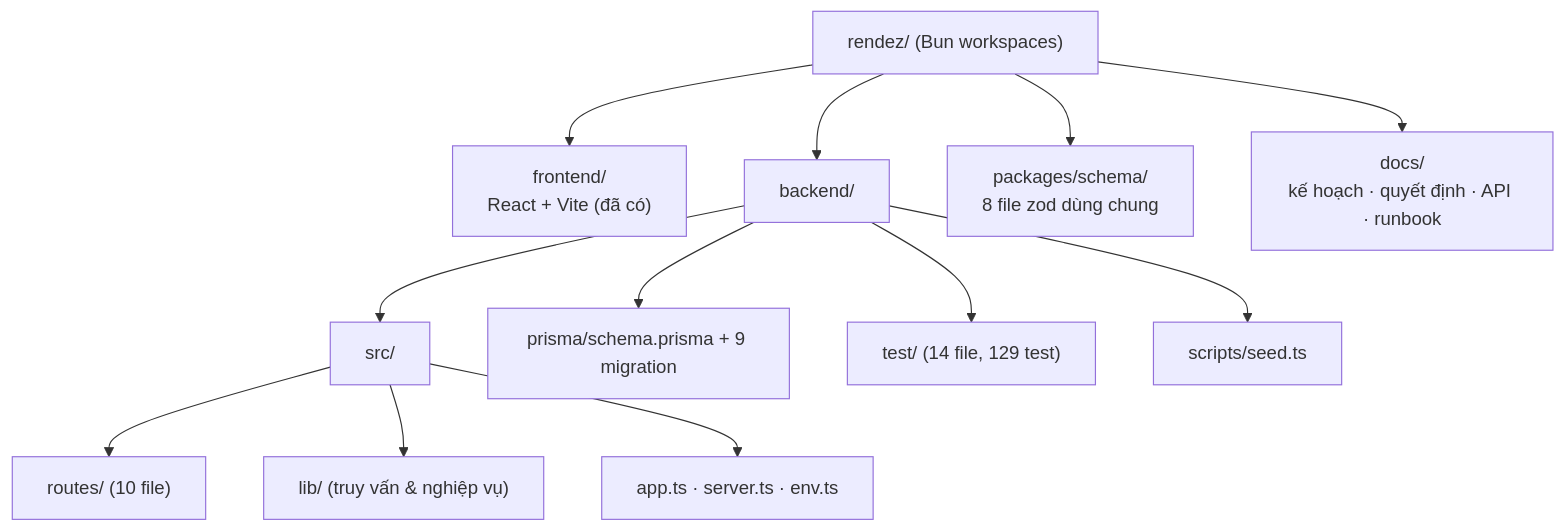
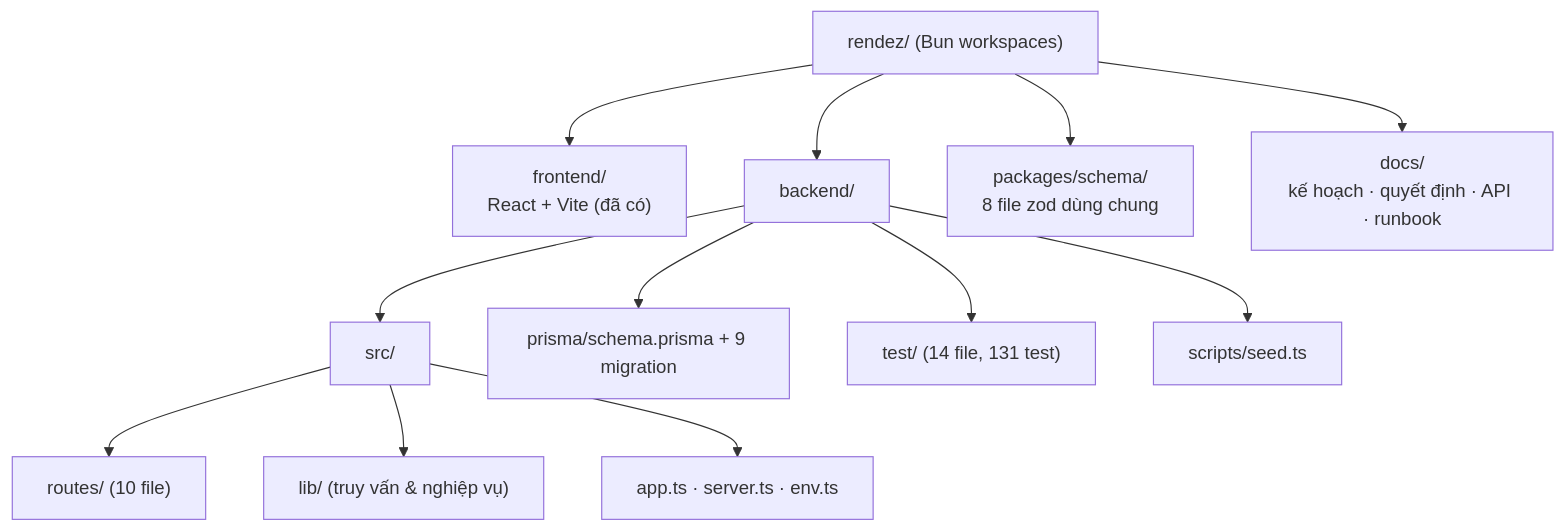
Before and after one commit to longqt321/Rendez-PBL6: the sixth of 14 diagrams in docs/bao-cao/BAO-CAO-DO-AN.md, drawn with Mermaid. The commit also changed other lines of this file and 2 other files, not shown here.

Commit message:
docs: cap nhat 131 test va doan tim kiem trong bao cao

````diff
--- a/docs/bao-cao/BAO-CAO-DO-AN.md
+++ b/docs/bao-cao/BAO-CAO-DO-AN.md
@@ -442,15 +442,15 @@
 ```mermaid
 flowchart TB
   Root["rendez/ (Bun workspaces)"]
   Root --> FE["frontend/<br/>React + Vite (đã có)"]
   Root --> BE["backend/"]
   Root --> PKG["packages/schema/<br/>8 file zod dùng chung"]
   Root --> DOC["docs/<br/>kế hoạch · quyết định · API · runbook"]
   BE --> SRC["src/"]
   SRC --> R["routes/ (10 file)"]
   SRC --> L["lib/ (truy vấn & nghiệp vụ)"]
   SRC --> I["app.ts · server.ts · env.ts"]
   BE --> PR["prisma/schema.prisma + 9 migration"]
-  BE --> T["test/ (14 file, 129 test)"]
+  BE --> T["test/ (14 file, 131 test)"]
   BE --> SC["scripts/seed.ts"]
 ```
````
